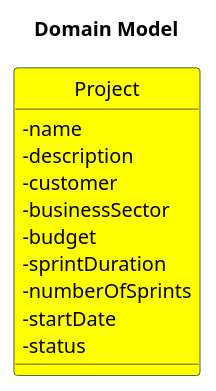
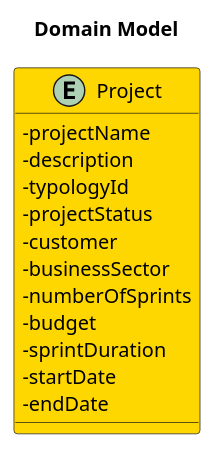
Before and after one commit to nunogon1211787/projectManagement: the diagram in docs/Sprint1/US008/US008-DM.puml, drawn with PlantUML. The commit also changed 49 other files, not shown here.

```diff
--- a/docs/Sprint1/US008/US008-DM.puml
+++ b/docs/Sprint1/US008/US008-DM.puml
@@ -1,27 +1,29 @@
 @startuml
 'https://plantuml.com/class-diagram
 
 
 'Layout Format---------------------------------------------
 left to right direction
-hide circle
+'hide circle
 skinparam classAttributeIconSize 0
 
 
 title Domain Model
 
 
 'Project Aggregate:--------------------------------------------------
-class Project #Yellow{
--name
+entity Project #Gold{
+-projectName
 -description
+-typologyId
+-projectStatus
 -customer
 -businessSector
+-numberOfSprints
 -budget
 -sprintDuration
--numberOfSprints
 -startDate
--status
+-endDate
 }
 
 @enduml
```
